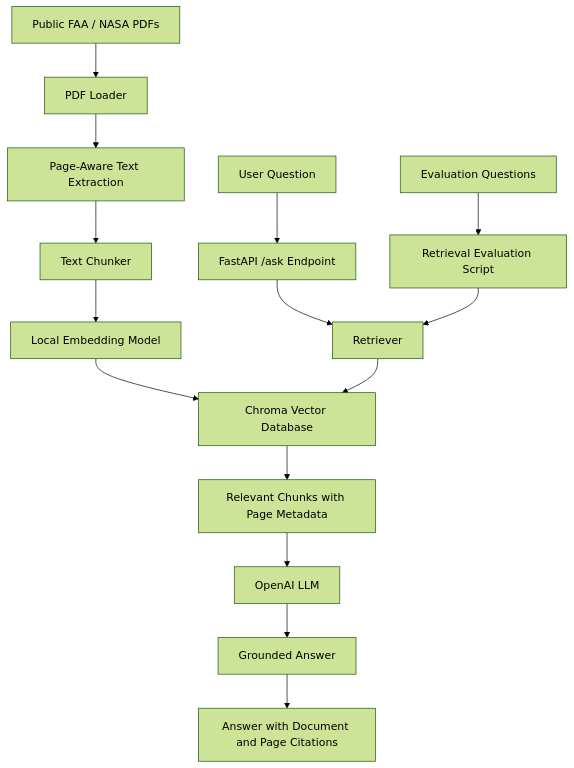
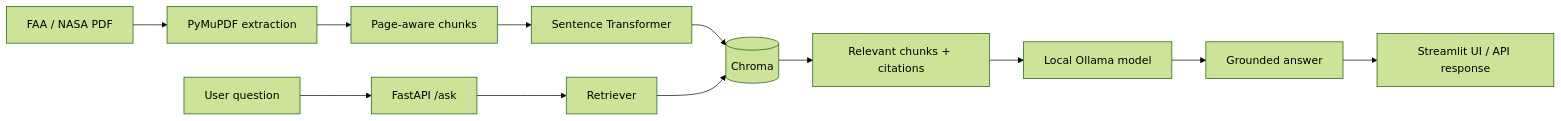
One commit to AdhishDatir/rag-aerospace-assistant changed the diagram in README.md. Above: the diagram before and after it, drawn with Mermaid (forest theme). The commit also changed other lines of this file and 16 other files, not shown here.

````diff
--- a/README.md
+++ b/README.md
@@ -22,19 +20,14 @@
 ```mermaid
-flowchart TD
-    A[Public FAA / NASA PDFs] --> B[PDF Loader]
-    B --> C[Page-Aware Text Extraction]
-    C --> D[Text Chunker]
-    D --> E[Local Embedding Model]
-    E --> F[Chroma Vector Database]
-
-    U[User Question] --> G[FastAPI /ask Endpoint]
-    G --> H[Retriever]
-    H --> F
-    F --> I[Relevant Chunks with Page Metadata]
-    I --> J[OpenAI LLM]
-    J --> K[Grounded Answer]
-    K --> L[Answer with Document and Page Citations]
-
-    M[Evaluation Questions] --> N[Retrieval Evaluation Script]
-    N --> H
+flowchart LR
+    A[FAA / NASA PDF] --> B[PyMuPDF extraction]
+    B --> C[Page-aware chunks]
+    C --> D[Sentence Transformer]
+    D --> E[(Chroma)]
+    U[User question] --> F[FastAPI /ask]
+    F --> G[Retriever]
+    G --> E
+    E --> H[Relevant chunks + citations]
+    H --> I[Local Ollama model]
+    I --> J[Grounded answer]
+    J --> K[Streamlit UI / API response]
 ```
````
